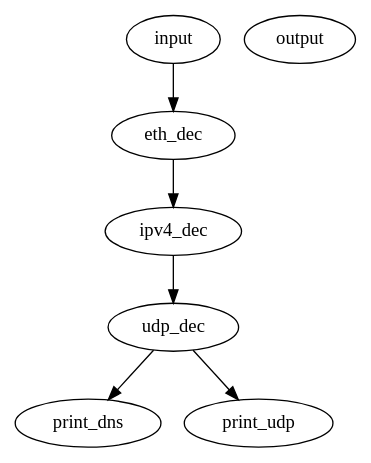
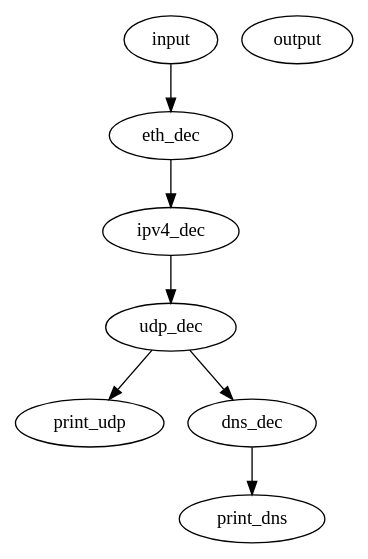
Before and after one commit to zbanks/lens: the diagram in src/lens.dot, drawn with Graphviz. The commit also changed 9 other files, not shown here.

```diff
--- a/src/lens.dot
+++ b/src/lens.dot
@@ -1,12 +1,13 @@
 digraph {
     input;
     print_dns [type=print prefix=DNS];
     print_udp [type=print prefix=UDP];
     output [type=output];
 
     input -> eth_dec;
     eth_dec -> ipv4_dec [ethertype=ipv4];
     ipv4_dec -> udp_dec [proto=udp];
-    udp_dec -> print_dns [port=53];
-    udp_dec -> print_udp ;
+    udp_dec -> dns_dec [port=53];
+    dns_dec -> print_dns;
+    udp_dec -> print_udp [unmatched=1];
 }
```
